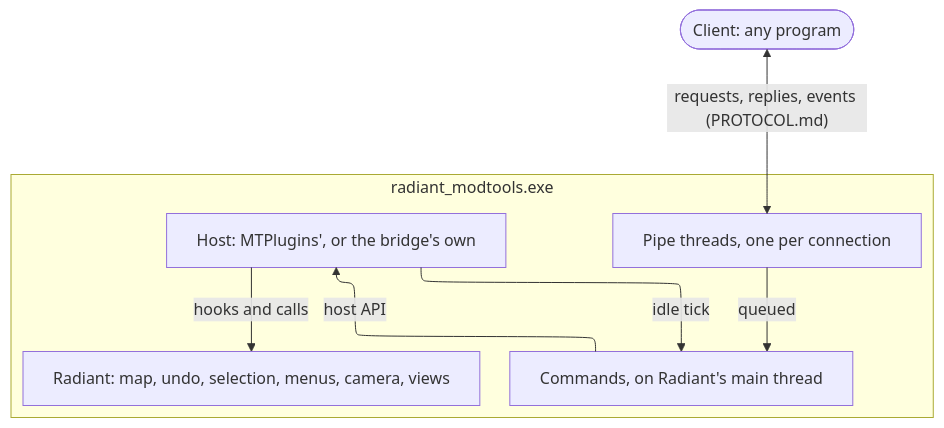
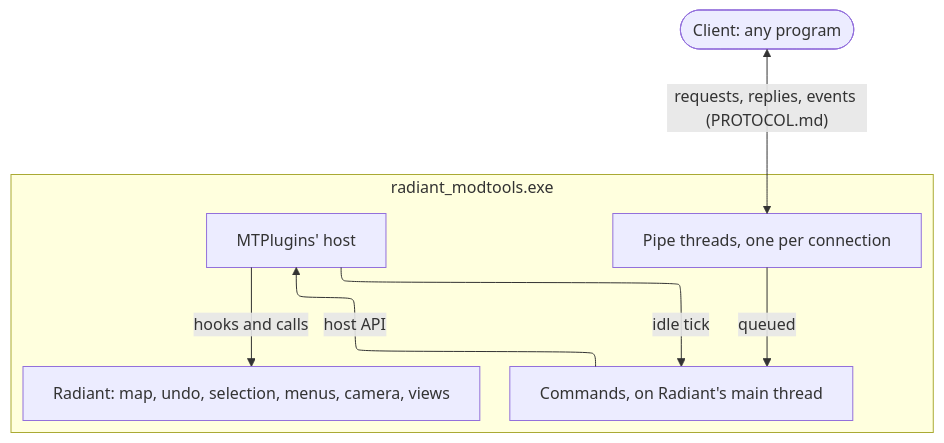
Before and after one commit to McReaper/t7_radiant_bridge: the diagram in README.md, drawn with Mermaid. The commit also changed other lines of this file and 53 other files, not shown here.

````diff
--- a/README.md
+++ b/README.md
@@ -31,21 +31,21 @@
 ```mermaid
 ---
 config:
   layout: elk
   flowchart:
     wrappingWidth: 400
 ---
 flowchart TB
     client(["Client: any program"])
     subgraph radiant["radiant_modtools.exe"]
         pipe["Pipe threads, one per connection"]
         commands["Commands, on Radiant's main thread"]
-        host["Host: MTPlugins', or the bridge's own"]
+        host["MTPlugins' host"]
         editor["Radiant: map, undo, selection, menus, camera, views"]
     end
     client <-->|"requests, replies, events (PROTOCOL.md)"| pipe
     pipe -->|"queued"| commands
     host -->|"idle tick"| commands
     commands -->|"host API"| host
     host -->|"hooks and calls"| editor
 ```
````
